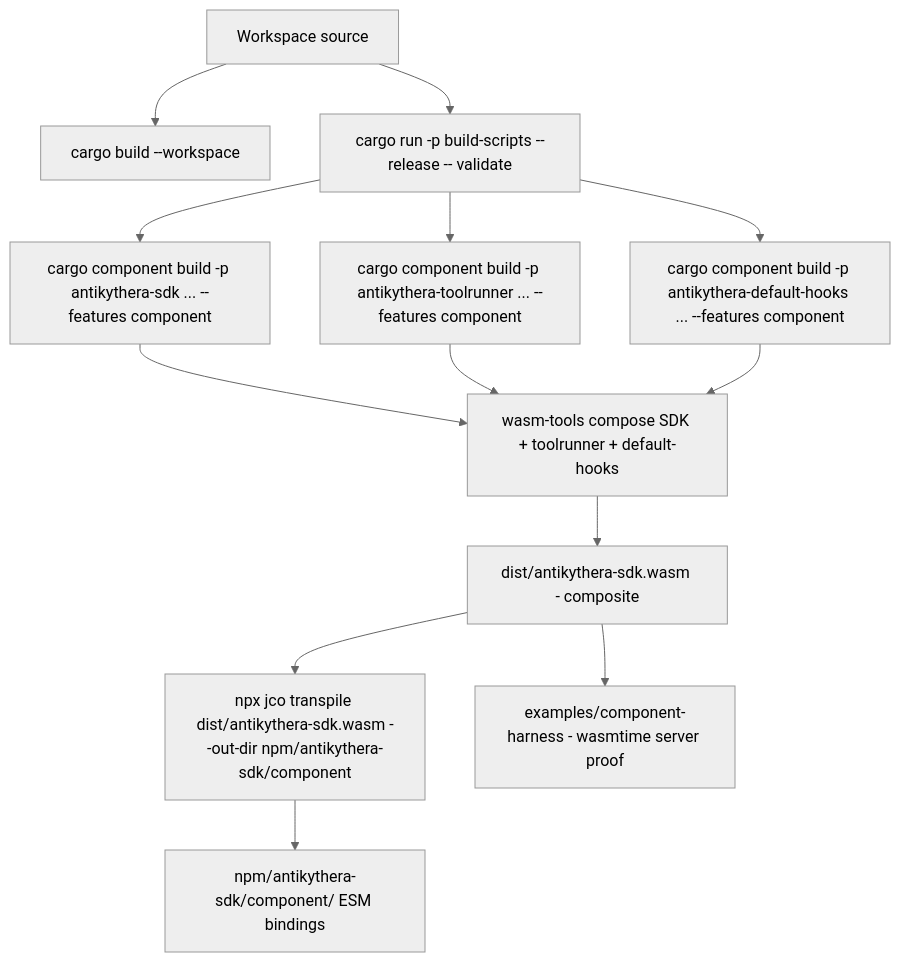
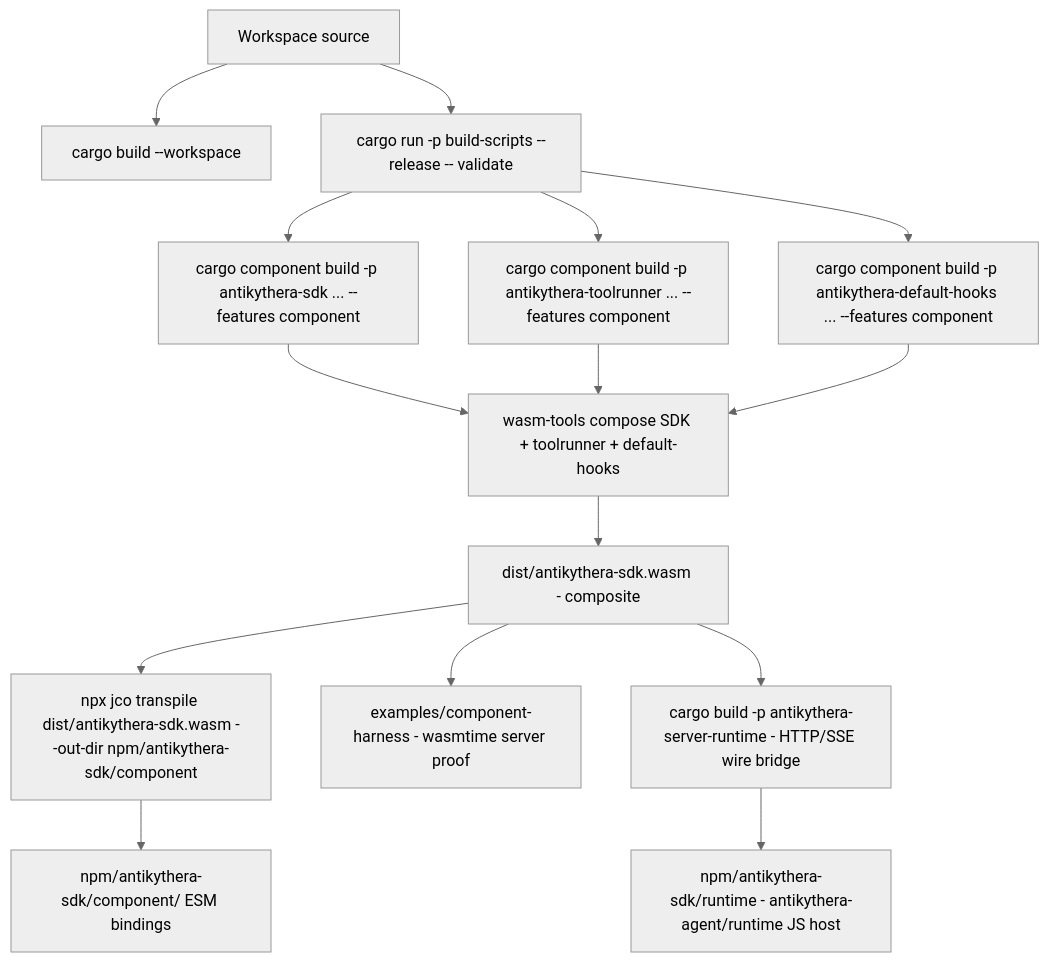
The first of 3 diagrams in documentation/BUILD.md (tsfarizi/antikythera-mcp-framework), drawn with Mermaid (neutral theme) before and after one commit. The commit also changed other lines of this file and 90 other files, not shown here.

````diff
--- a/documentation/BUILD.md
+++ b/documentation/BUILD.md
@@ -7,15 +7,17 @@
 ```mermaid
 flowchart TD
     SRC[Workspace source] --> CARGO[cargo build --workspace]
     SRC --> WIT[cargo run -p build-scripts --release -- validate]
     WIT --> SDK[cargo component build -p antikythera-sdk ... --features component]
     WIT --> TR[cargo component build -p antikythera-toolrunner ... --features component]
     WIT --> DH[cargo component build -p antikythera-default-hooks ... --features component]
     SDK --> COMPOSE[wasm-tools compose SDK + toolrunner + default-hooks]
     TR --> COMPOSE
     DH --> COMPOSE
     COMPOSE --> DIST[dist/antikythera-sdk.wasm - composite]
     DIST --> JCO[npx jco transpile dist/antikythera-sdk.wasm --out-dir npm/antikythera-sdk/component]
     JCO --> NPM[npm/antikythera-sdk/component/ ESM bindings]
     DIST --> HARNESS[examples/component-harness - wasmtime server proof]
+    DIST --> SERVER[cargo build -p antikythera-server-runtime - HTTP/SSE wire bridge]
+    SERVER --> RUNTIME[npm/antikythera-sdk/runtime - antikythera-agent/runtime JS host]
 ```
````
